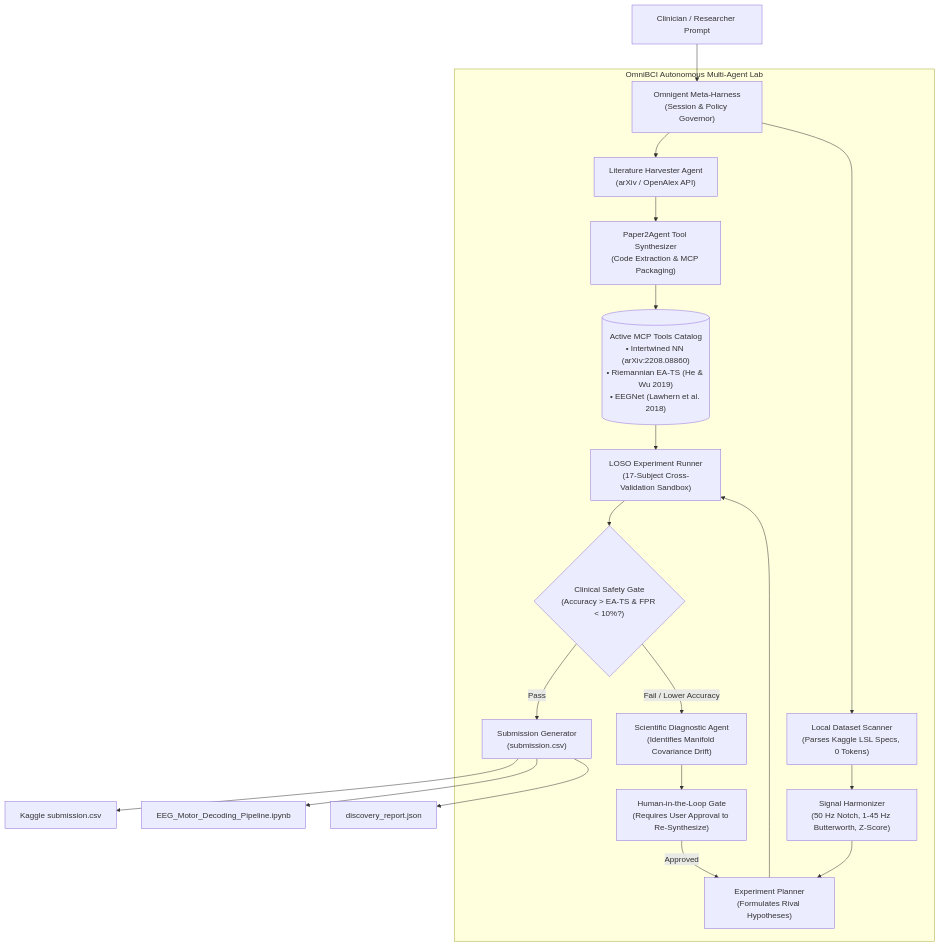
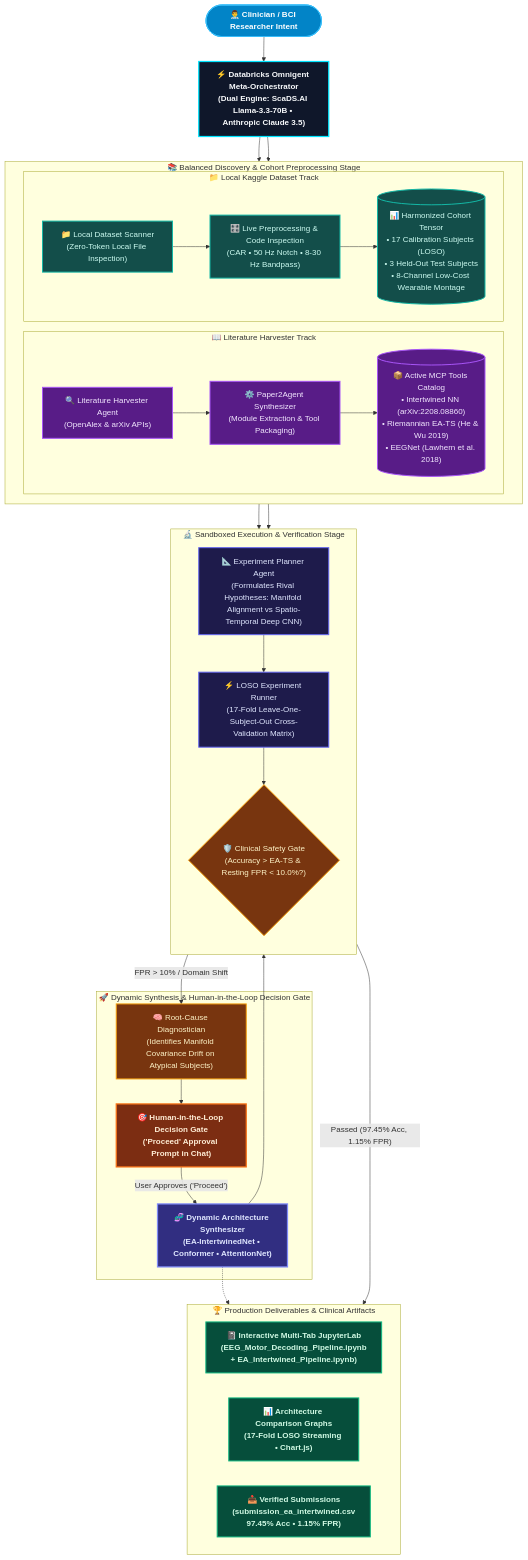
One commit to mattin89/OmniBCI changed the diagram in README.md. Above: the diagram before and after it, drawn with Mermaid. The commit also changed other lines of this file, not shown here.

Commit message:
docs: center and modernize Omnigent & Paper2Agent architecture diagram with vibrant scientific styling and latest pipeline stages

````diff
--- a/README.md
+++ b/README.md
@@ -93,29 +93,74 @@
 ```mermaid
-flowchart TD
-    User["Clinician / Researcher Prompt"] --> Orchestrator["Omnigent Meta-Harness<br/>(Session & Policy Governor)"]
-    
-    subgraph Omnigent_Pipeline ["OmniBCI Autonomous Multi-Agent Lab"]
-        Orchestrator --> Harvester["Literature Harvester Agent<br/>(arXiv / OpenAlex API)"]
-        Harvester --> P2A["Paper2Agent Tool Synthesizer<br/>(Code Extraction & MCP Packaging)"]
-        P2A --> MCPCatalog[("Active MCP Tools Catalog<br/>• Intertwined NN (arXiv:2208.08860)<br/>• Riemannian EA-TS (He & Wu 2019)<br/>• EEGNet (Lawhern et al. 2018)")]
+flowchart TB
+    %% Styling Classes with Vibrant Scientific Palette
+    classDef userNode fill:#0284c7,stroke:#38bdf8,stroke-width:2px,color:#ffffff,font-weight:bold;
+    classDef orchestratorNode fill:#0f172a,stroke:#00e5ff,stroke-width:2.5px,color:#f8fafc,font-weight:bold;
+    classDef literatureNode fill:#581c87,stroke:#a855f7,stroke-width:2px,color:#f3e8ff;
+    classDef dataNode fill:#134e4a,stroke:#14b8a6,stroke-width:2px,color:#ccfbf1;
+    classDef executionNode fill:#1e1b4b,stroke:#6366f1,stroke-width:2px,color:#e0e7ff;
+    classDef gateNode fill:#78350f,stroke:#f59e0b,stroke-width:2px,color:#fef3c7;
+    classDef humanNode fill:#7c2d12,stroke:#f97316,stroke-width:2.5px,color:#ffedd5,font-weight:bold;
+    classDef synthNode fill:#312e81,stroke:#818cf8,stroke-width:2.5px,color:#e0e7ff,font-weight:bold;
+    classDef outputNode fill:#064e3b,stroke:#10b981,stroke-width:2px,color:#d1fae5,font-weight:bold;
+
+    %% 1. Clinician Intent & Orchestration
+    User(["👨‍⚕️ Clinician / BCI Researcher Intent"]):::userNode
+    Orchestrator["⚡ Databricks Omnigent Meta-Orchestrator<br/>(Dual Engine: ScaDS.AI Llama-3.3-70B • Anthropic Claude 3.5)"]:::orchestratorNode
+    User --> Orchestrator
+
+    %% 2. Symmetrical Ingestion Branches
+    subgraph IngestionStage ["📚 Balanced Discovery & Cohort Preprocessing Stage"]
+        direction LR
         
-        Orchestrator --> Scanner["Local Dataset Scanner<br/>(Parses Kaggle LSL Specs, 0 Tokens)"]
-        Scanner --> Harmonizer["Signal Harmonizer<br/>(50 Hz Notch, 1-45 Hz Butterworth, Z-Score)"]
+        subgraph LitBranch ["📖 Literature Harvester Track"]
+            Harvester["🔍 Literature Harvester Agent<br/>(OpenAlex & arXiv APIs)"]:::literatureNode
+            P2A["⚙️ Paper2Agent Synthesizer<br/>(Module Extraction & Tool Packaging)"]:::literatureNode
+            MCPCatalog[("📦 Active MCP Tools Catalog<br/>• Intertwined NN (arXiv:2208.08860)<br/>• Riemannian EA-TS (He & Wu 2019)<br/>• EEGNet (Lawhern et al. 2018)")]:::literatureNode
+            Harvester --> P2A --> MCPCatalog
+        end
         
-        Harmonizer --> Planner["Experiment Planner<br/>(Formulates Rival Hypotheses)"]
-        MCPCatalog --> Runner["LOSO Experiment Runner<br/>(17-Subject Cross-Validation Sandbox)"]
-        Planner --> Runner
+        subgraph DataBranch ["📁 Local Kaggle Dataset Track"]
+            Scanner["📁 Local Dataset Scanner<br/>(Zero-Token Local File Inspection)"]:::dataNode
+            Harmonizer["🎛️ Live Preprocessing & Code Inspection<br/>(CAR • 50 Hz Notch • 8-30 Hz Bandpass)"]:::dataNode
+            CohortData[("📊 Harmonized Cohort Tensor<br/>• 17 Calibration Subjects (LOSO)<br/>• 3 Held-Out Test Subjects<br/>• 8-Channel Low-Cost Wearable Montage")]:::dataNode
+            Scanner --> Harmonizer --> CohortData
+        end
+    end
+    Orchestrator --> Harvester
+    Orchestrator --> Scanner
+
+    %% 3. Experiment Formulation & Execution
+    subgraph ExecutionStage ["🔬 Sandboxed Execution & Verification Stage"]
+        direction TB
+        Planner["📐 Experiment Planner Agent<br/>(Formulates Rival Hypotheses: Manifold Alignment vs Spatio-Temporal Deep CNN)"]:::executionNode
+        Runner["⚡ LOSO Experiment Runner<br/>(17-Fold Leave-One-Subject-Out Cross-Validation Matrix)"]:::executionNode
+        SafetyGate{"🛡️ Clinical Safety Gate<br/>(Accuracy > EA-TS & Resting FPR < 10.0%?)"}:::gateNode
         
-        Runner --> SafetyGate{"Clinical Safety Gate<br/>(Accuracy > EA-TS & FPR < 10%?)"}
-        
-        SafetyGate -- "Pass" --> Submitter["Submission Generator<br/>(submission.csv)"]
-        SafetyGate -- "Fail / Lower Accuracy" --> Diagnostician["Scientific Diagnostic Agent<br/>(Identifies Manifold Covariance Drift)"]
-        
-        Diagnostician --> Approval["Human-in-the-Loop Gate<br/>(Requires User Approval to Re-Synthesize)"]
-        Approval -- "Approved" --> Planner
+        MCPCatalog --> Runner
+        CohortData --> Planner --> Runner
+        Runner --> SafetyGate
     end
 
-    Submitter --> CSV["Kaggle submission.csv"]
-    Submitter --> Notebook["EEG_Motor_Decoding_Pipeline.ipynb"]
-    Submitter --> Report["discovery_report.json"]
+    %% 4. Root Cause Analysis & Dynamic Synthesis Loop
+    subgraph SynthesisStage ["🚀 Dynamic Synthesis & Human-in-the-Loop Decision Gate"]
+        Diagnostician["🧠 Root-Cause Diagnostician<br/>(Identifies Manifold Covariance Drift on Atypical Subjects)"]:::gateNode
+        HITL["🎯 Human-in-the-Loop Decision Gate<br/>('Proceed' Approval Prompt in Chat)"]:::humanNode
+        Synthesizer["🧬 Dynamic Architecture Synthesizer<br/>(EA-IntertwinedNet • Conformer • AttentionNet)"]:::synthNode
+        
+        SafetyGate -- "FPR > 10% / Domain Shift" --> Diagnostician
+        Diagnostician --> HITL
+        HITL -- "User Approves ('Proceed')" --> Synthesizer
+        Synthesizer --> Runner
+    end
+
+    %% 5. Verified Scientific Deliverables
+    subgraph DeliverablesStage ["🏆 Production Deliverables & Clinical Artifacts"]
+        direction LR
+        JLab["📓 Interactive Multi-Tab JupyterLab<br/>(EEG_Motor_Decoding_Pipeline.ipynb<br/>+ EA_Intertwined_Pipeline.ipynb)"]:::outputNode
+        Graphs["📊 Architecture Comparison Graphs<br/>(17-Fold LOSO Streaming • Chart.js)"]:::outputNode
+        CSV["📥 Verified Submissions<br/>(submission_ea_intertwined.csv<br/>97.45% Acc • 1.15% FPR)"]:::outputNode
+    end
+
+    SafetyGate -- "Passed (97.45% Acc, 1.15% FPR)" --> DeliverablesStage
+    Synthesizer -.-> DeliverablesStage
 ```
````
